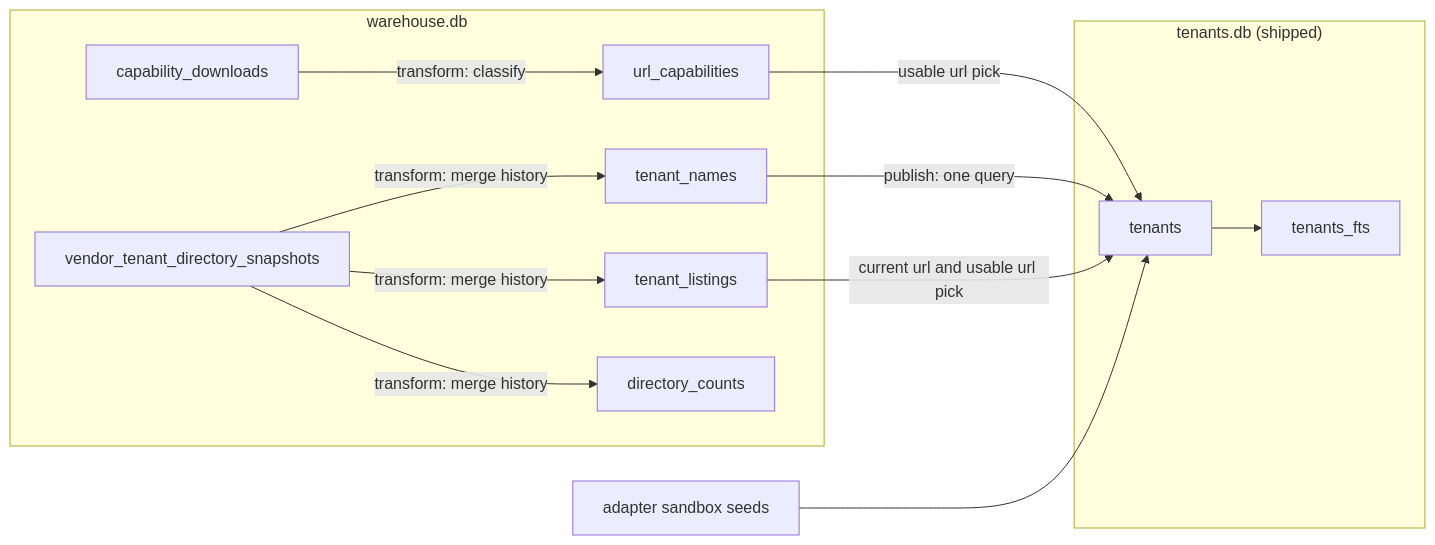
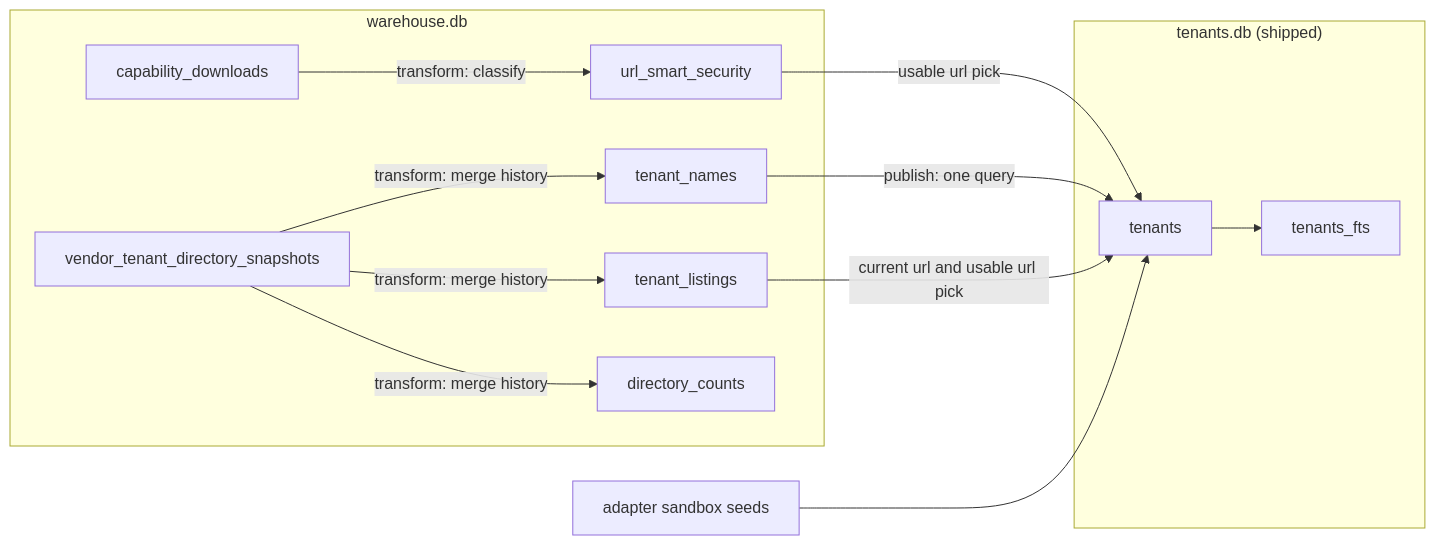
Before and after one commit to cfu288/mere-medical: the second of 2 diagrams in libs/emr-pipeline/README.md, drawn with Mermaid. The commit also changed other lines of this file and 5 other files, not shown here.

````diff
--- a/libs/emr-pipeline/README.md
+++ b/libs/emr-pipeline/README.md
@@ -191,24 +199,24 @@
 ```mermaid
 flowchart LR
   subgraph warehouse["warehouse.db"]
     caps[capability_downloads]
     snaps[vendor_tenant_directory_snapshots]
     names[tenant_names]
     listings[tenant_listings]
-    ucap[url_capabilities]
+    ucap[url_smart_security]
     dobs[directory_counts]
   end
   subgraph artifact["tenants.db (shipped)"]
     t[tenants]
     fts[tenants_fts]
   end
   seeds[adapter sandbox seeds]
 
   snaps -- "transform: merge history" --> names & listings & dobs
   caps -- "transform: classify" --> ucap
   names -- "publish: one query" --> t
   listings -- "current url and usable url pick" --> t
   ucap -- "usable url pick" --> t
   seeds --> t
   t --> fts
 ```
````
